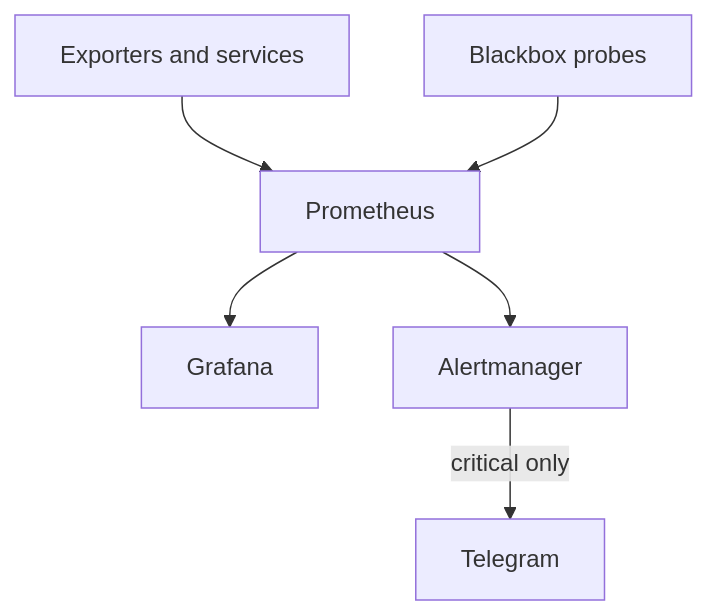
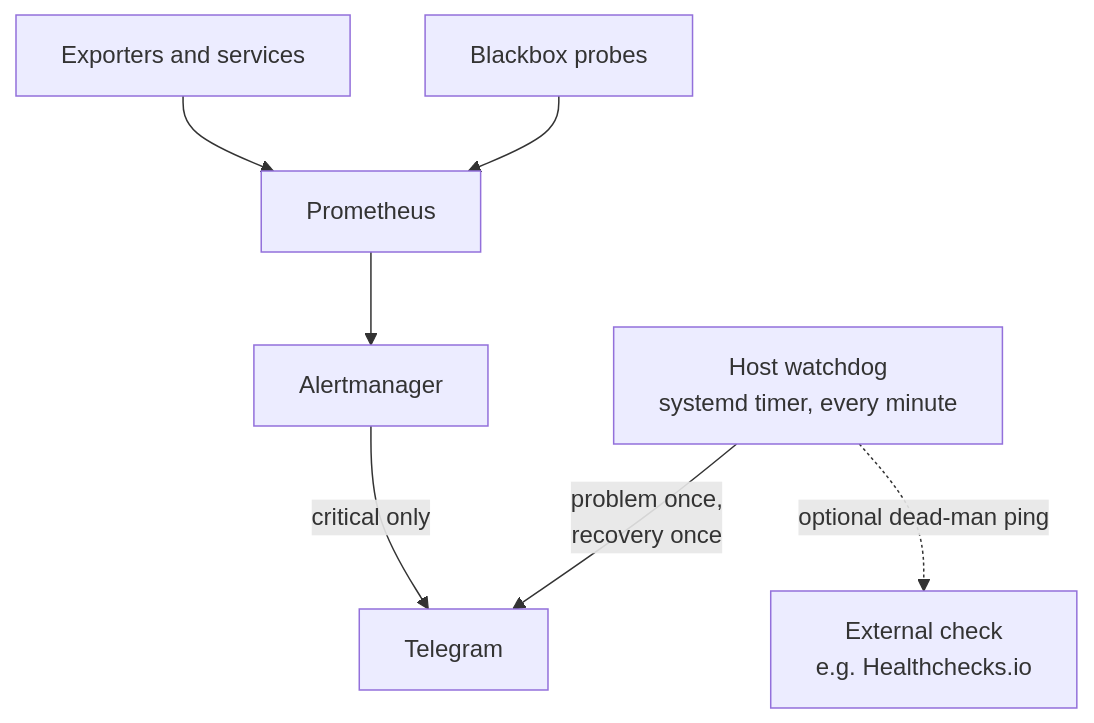
One commit to slawekradzyminski/awesome-localstack changed the diagram in docs-site/docs/operations/monitoring.md. Above: the diagram before and after it, drawn with Mermaid. The commit also changed other lines of this file and 51 other files, not shown here.

First line of the commit message:
Lean production monitoring: remove Grafana, add host watchdog, local monitoring overlay (#82)

````diff
--- a/docs-site/docs/operations/monitoring.md
+++ b/docs-site/docs/operations/monitoring.md
@@ -5,8 +5,9 @@
 ```mermaid
 flowchart TB
     X[Exporters and services] --> P[Prometheus]
     BB[Blackbox probes] --> P
-    P --> GR[Grafana]
     P --> AM[Alertmanager]
     AM -->|critical only| T[Telegram]
+    WD[Host watchdog<br/>systemd timer, every minute] -->|problem once,<br/>recovery once| T
+    WD -.->|optional dead-man ping| HC[External check<br/>e.g. Healthchecks.io]
 ```
````
